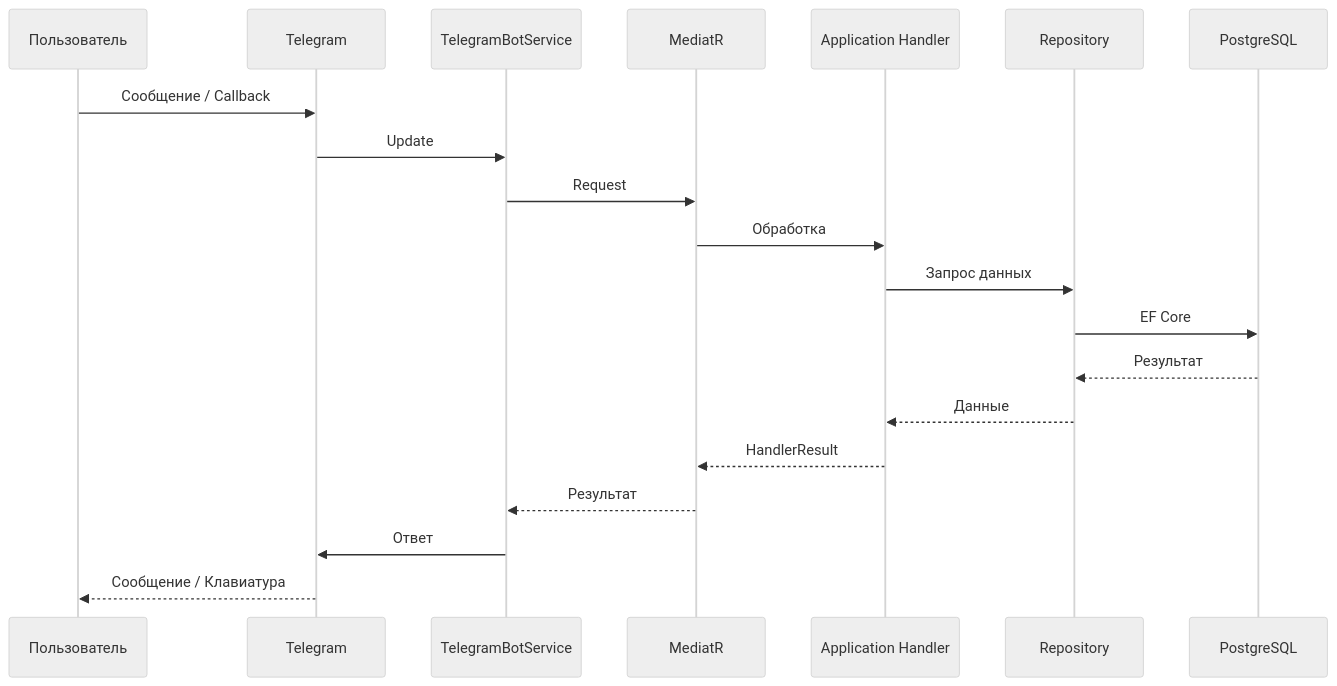
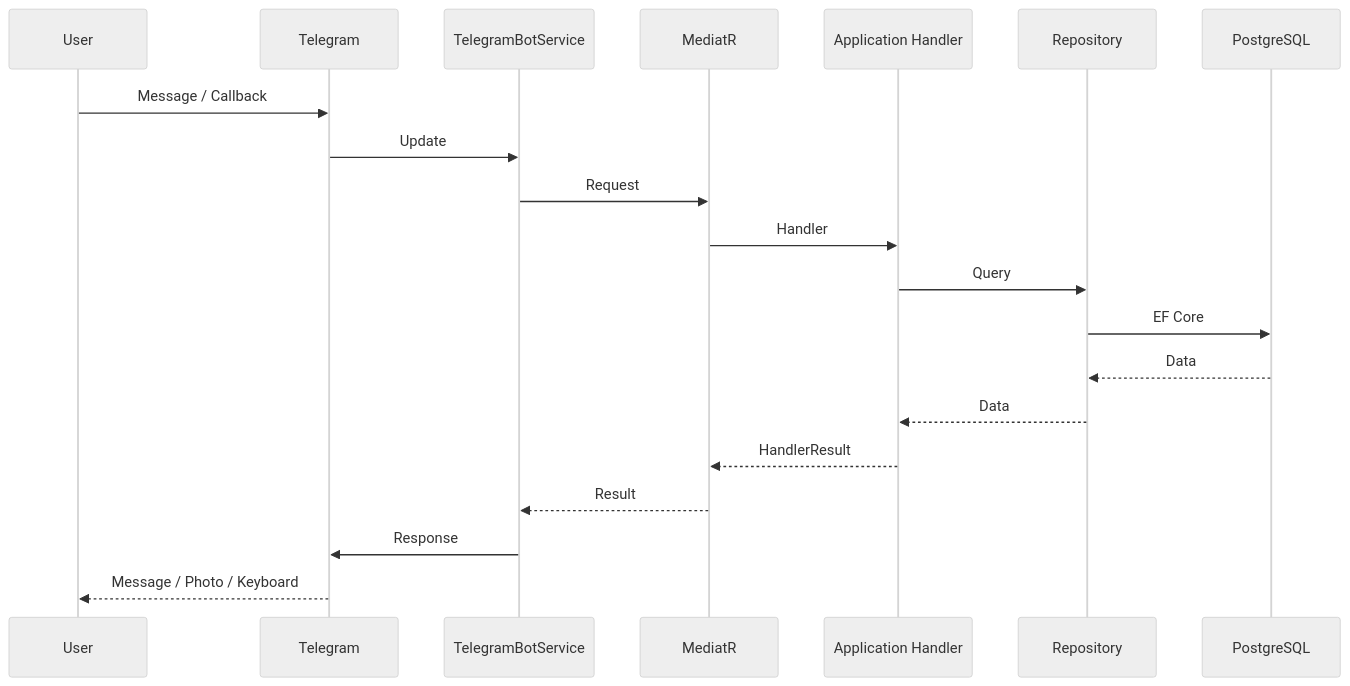
The second of 4 diagrams in README.md (SobolevDmitrii/RecipeBot), drawn with Mermaid (neutral theme) before and after one commit. The commit also changed other lines of this file and 1 other file, not shown here.

````diff
--- a/README.md
+++ b/README.md
@@ -242,23 +433,23 @@
 ```mermaid
 sequenceDiagram
-    participant U as Пользователь
+    participant U as User
     participant T as Telegram
     participant B as TelegramBotService
     participant M as MediatR
     participant H as Application Handler
     participant R as Repository
     participant DB as PostgreSQL
 
-    U->>T: Сообщение / Callback
+    U->>T: Message / Callback
     T->>B: Update
     B->>M: Request
-    M->>H: Обработка
-    H->>R: Запрос данных
+    M->>H: Handler
+    H->>R: Query
     R->>DB: EF Core
-    DB-->>R: Результат
-    R-->>H: Данные
+    DB-->>R: Data
+    R-->>H: Data
     H-->>M: HandlerResult
-    M-->>B: Результат
-    B->>T: Ответ
-    T-->>U: Сообщение / Клавиатура
+    M-->>B: Result
+    B->>T: Response
+    T-->>U: Message / Photo / Keyboard
 ```
````
